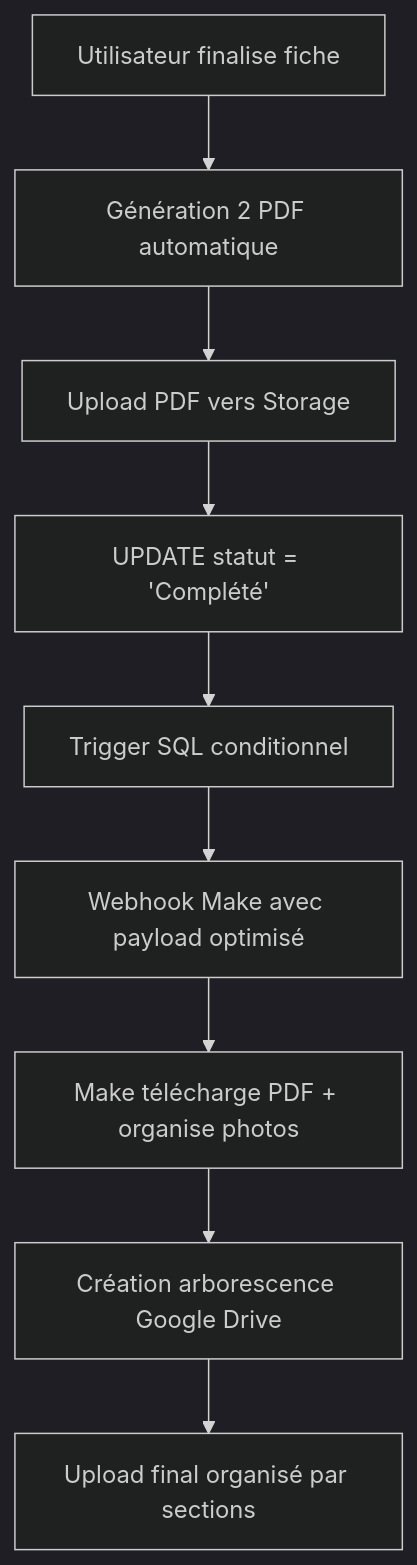
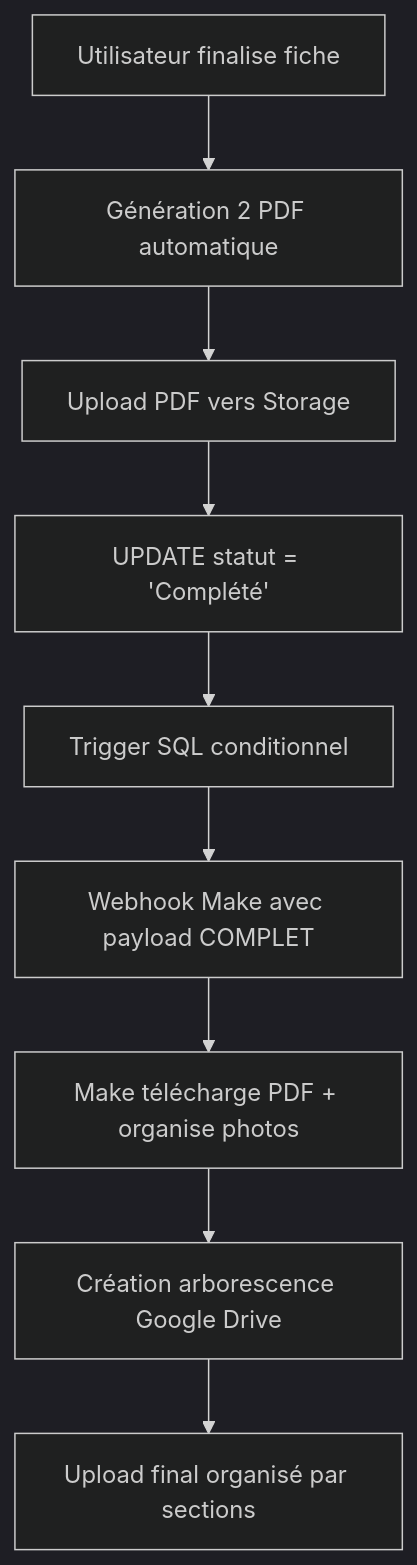
Before and after one commit to INVESTMALIN/fiche-logement_ia-githubcopilot-v1: the diagram in docs/📸 PLAN UPLOAD PHOTOS.md, drawn with Mermaid (dark theme). The commit also changed other lines of this file and 2 other files, not shown here.

````diff
--- a/docs/📸 PLAN UPLOAD PHOTOS.md
+++ b/docs/📸 PLAN UPLOAD PHOTOS.md
@@ -33,11 +33,11 @@
 ```mermaid
 graph TD
     A[Utilisateur finalise fiche] --> B[Génération 2 PDF automatique]
     B --> C[Upload PDF vers Storage]
     C --> D[UPDATE statut = 'Complété']
     D --> E[Trigger SQL conditionnel]
-    E --> F[Webhook Make avec payload optimisé]
+    E --> F[Webhook Make avec payload COMPLET]
     F --> G[Make télécharge PDF + organise photos]
     G --> H[Création arborescence Google Drive]
     H --> I[Upload final organisé par sections]
 ```
````
